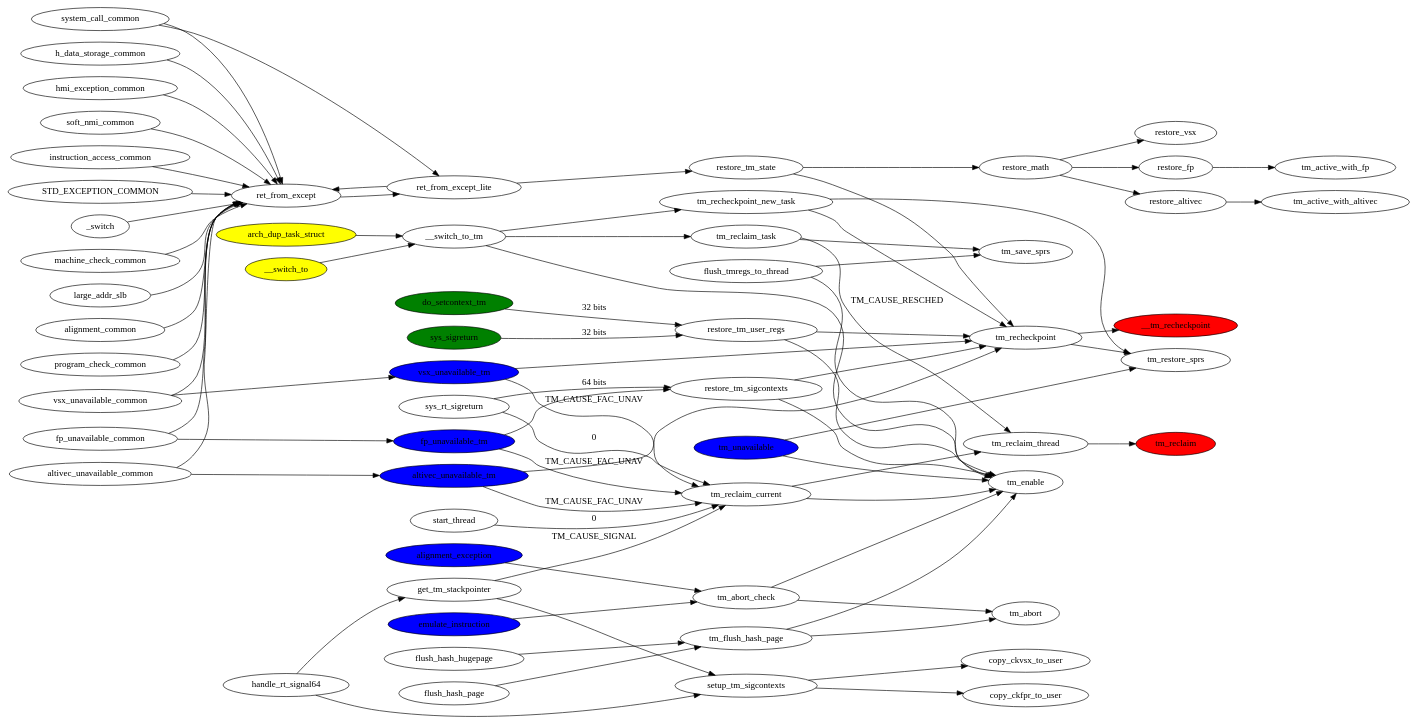
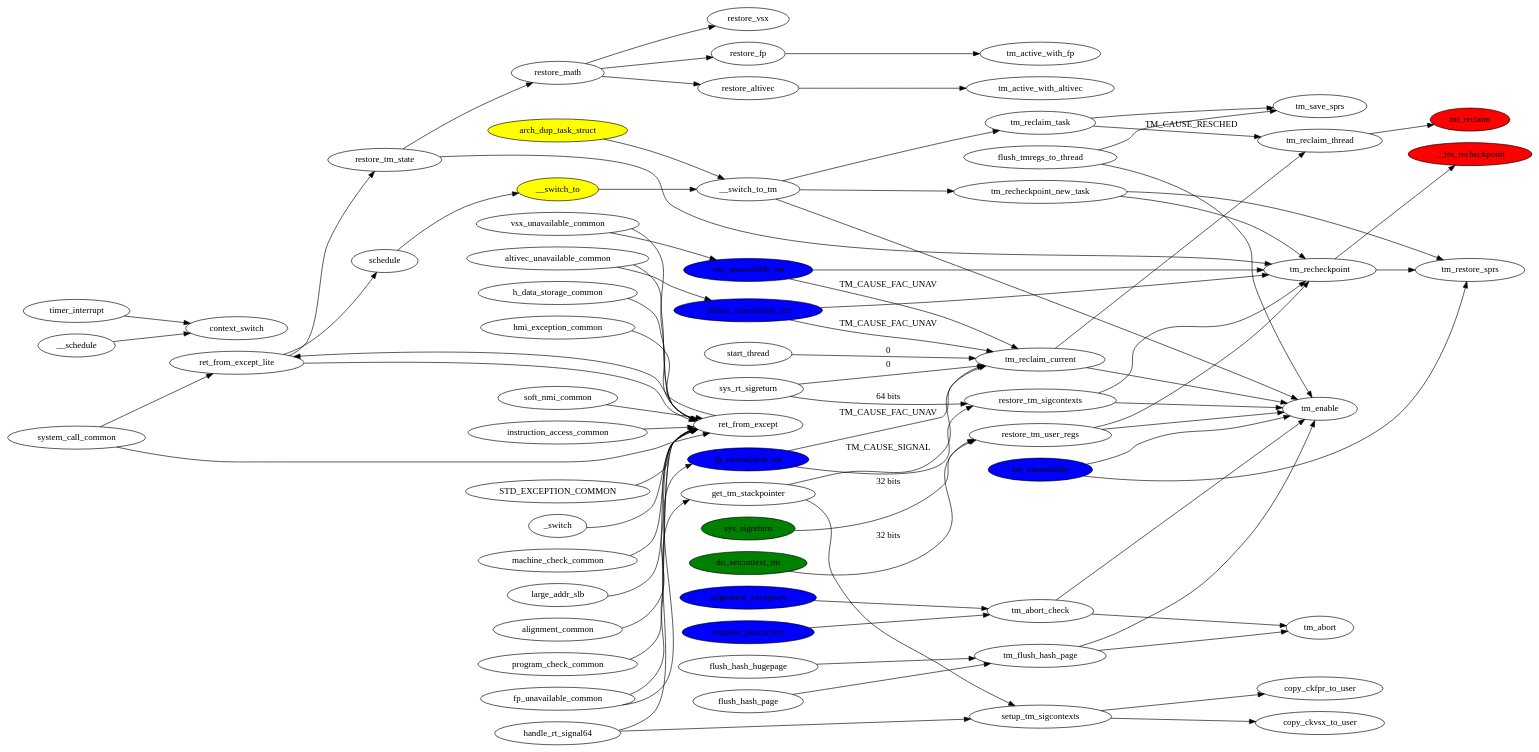
Before and after one commit to leitao/htm_flow: the diagram in complete.dot, drawn with Graphviz. The commit also changed 6 other files, not shown here.

```diff
--- a/complete.dot
+++ b/complete.dot
@@ -1,179 +1,183 @@
 digraph {
 
 	rankdir=LR;
 
 	tm_recheckpoint_new_task -> tm_recheckpoint;
 	restore_tm_user_regs -> tm_recheckpoint;
 	fp_unavailable_tm	-> restore_tm_sigcontexts;
 	altivec_unavailable_tm  -> tm_recheckpoint;
 	vsx_unavailable_tm	-> tm_recheckpoint;
 
 
 	sys_rt_sigreturn	-> restore_tm_sigcontexts[label="64 bits"];
 
 	do_setcontext_tm	-> restore_tm_user_regs[label="32 bits"];
 	sys_sigreturn		->restore_tm_user_regs[label="32 bits"];
 
 	__switch_to_tm		-> tm_recheckpoint_new_task;
 
 	restore_tm_sigcontexts  -> tm_recheckpoint;	
 	
 	
 	/* tm_enable */
 	tm_unavailable		-> tm_enable;
 	tm_reclaim_current	-> tm_enable;
 	restore_tm_sigcontexts	-> tm_enable;
 	tm_abort_check		-> tm_enable;
 	tm_flush_hash_page	-> tm_enable;
 	__switch_to_tm		-> tm_enable;
 	restore_tm_user_regs	-> tm_enable;
 	tm_recheckpoint		-> __tm_recheckpoint
 
 
 	flush_hash_page		-> tm_flush_hash_page;
 	flush_hash_hugepage	-> tm_flush_hash_page;
 
 	// restore_spr 
 	tm_recheckpoint_new_task -> tm_restore_sprs;
 	tm_recheckpoint		-> tm_restore_sprs;
 	tm_unavailable		-> tm_restore_sprs;
 	
 	flush_tmregs_to_thread -> tm_save_sprs;
 	flush_tmregs_to_thread	-> tm_enable;
 	
 	tm_abort_check	-> tm_abort;
 	tm_flush_hash_page -> tm_abort;
 
 
 	tm_reclaim_thread -> 	tm_reclaim;
 
 	tm_reclaim_current -> 	tm_reclaim_thread;
 	tm_reclaim_task -> 	tm_reclaim_thread[label="TM_CAUSE_RESCHED"];
 	tm_reclaim_task -> 	tm_save_sprs;
 	start_thread ->		tm_reclaim_current[label="0"];
 	sys_rt_sigreturn -> 	tm_reclaim_current[label="0"];
 	fp_unavailable_tm -> 	tm_reclaim_current[label="TM_CAUSE_FAC_UNAV"];
 	altivec_unavailable_tm->tm_reclaim_current[label="TM_CAUSE_FAC_UNAV"];
 	vsx_unavailable_tm ->   tm_reclaim_current[label="TM_CAUSE_FAC_UNAV"];
 	fp_unavailable_common	-> fp_unavailable_tm;
 	altivec_unavailable_common -> altivec_unavailable_tm;
 	vsx_unavailable_common ->   vsx_unavailable_tm;
 	
 	
 	/* The syscall_comon is aborted if MSR[TS] is set */
 	ret_from_except_lite	-> restore_tm_state;
 	restore_tm_state	-> tm_recheckpoint;
 	restore_tm_state	-> restore_math;
 
 
 	restore_math 		-> restore_fp;
 	restore_math		-> restore_altivec;
 	restore_math		-> restore_vsx;
 
 	restore_fp		-> tm_active_with_fp;
 	restore_altivec		-> tm_active_with_altivec;
 
 	__switch_to_tm 		-> tm_reclaim_task;
+	timer_interrupt		-> context_switch;
+	ret_from_except_lite	-> schedule;
+	schedule		-> __switch_to;
+	__schedule		-> context_switch
 	__switch_to 		-> __switch_to_tm;
 	arch_dup_task_struct 	-> __switch_to_tm;
 	
 
 
 	emulate_instruction -> tm_abort_check;
 	alignment_exception -> tm_abort_check;
 
 	
 	/* Signal */
 	get_tm_stackpointer	-> tm_reclaim_current[label="TM_CAUSE_SIGNAL"];
 	get_tm_stackpointer	-> setup_tm_sigcontexts;
 	handle_rt_signal64	-> get_tm_stackpointer;
 	handle_rt_signal64	-> setup_tm_sigcontexts;
 	setup_tm_sigcontexts	-> copy_ckfpr_to_user;
 	setup_tm_sigcontexts	-> copy_ckvsx_to_user;
 
 	/* IRQ path */
 	system_call_common	-> ret_from_except_lite;
 	ret_from_except		-> ret_from_except_lite;
 	STD_EXCEPTION_COMMON	-> ret_from_except;
 	system_call_common	-> ret_from_except;
 	ret_from_except_lite	-> ret_from_except;
 	_switch			-> ret_from_except;
 	machine_check_common	-> ret_from_except;
 	large_addr_slb		-> ret_from_except;
 	alignment_common	-> ret_from_except;
 	program_check_common	-> ret_from_except;
 	fp_unavailable_common	-> ret_from_except;
 	h_data_storage_common	-> ret_from_except;
 	hmi_exception_common 	-> ret_from_except;
 	altivec_unavailable_common     -> ret_from_except;
 	vsx_unavailable_common 	-> ret_from_except;
 	soft_nmi_common		-> ret_from_except;
 	instruction_access_common -> ret_from_except;
 
 	/* Give ups
 	giveup_fpu            -> check_if_tm_restore_required;
 	enable_kernel_fp      -> check_if_tm_restore_required;
 	giveup_altivec        -> check_if_tm_restore_required;
 	enable_kernel_altivec -> check_if_tm_restore_required;
 	giveup_vsx            -> check_if_tm_restore_required;
 	enable_kernel_vsx     -> check_if_tm_restore_required;
 	giveup_spe            -> check_if_tm_restore_required;
 	enable_kernel_spe     -> check_if_tm_restore_required;
 	giveup_all            -> check_if_tm_restore_required;
 	*/
 
 /*
 	vsr_get			-> flush_tmregs_to_thread;
 	vsr_set			-> flush_tmregs_to_thread;
 	tm_cgpr_get		-> flush_tmregs_to_thread;
 	tm_cgpr_set		-> flush_tmregs_to_thread;
 	tm_cfpr_get		-> flush_tmregs_to_thread;
 	tm_cfpr_set		-> flush_tmregs_to_thread;
 	tm_cvmx_get		-> flush_tmregs_to_thread;
 	tm_cvmx_set		-> flush_tmregs_to_thread;
 	tm_cvsx_get		-> flush_tmregs_to_thread;
 	tm_cvsx_set		-> flush_tmregs_to_thread;
 	tm_spr_get		-> flush_tmregs_to_thread;
 	tm_spr_set		-> flush_tmregs_to_thread;
 */
 
 
 	/* Final states */
 	__tm_recheckpoint 	[style=filled, fillcolor=red]
 	tm_reclaim 		[style=filled, fillcolor=red]
 
 	// Context switch
 	__switch_to		[style=filled, fillcolor=yellow]
 	arch_dup_task_struct 	[style=filled, fillcolor=yellow]
 
 	// IRQ
 	fp_unavailable_tm	[style=filled, fillcolor=blue]
 	tm_unavailable		[style=filled, fillcolor=blue]
 	vsx_unavailable_tm	[style=filled, fillcolor=blue]
 	altivec_unavailable_tm	[style=filled, fillcolor=blue]
 	emulate_instruction     [style=filled, fillcolor=blue]
 	alignment_exception     [style=filled, fillcolor=blue]
 
 	// Signal handler
 	sys_sigreturn		[style=filled, fillcolor=green]
 	do_setcontext_tm	[style=filled, fillcolor=green]
 
 
 
 /*
 	//ptrace
 	vsr_get			[style=filled, fillcolor=cyan]
 	vsr_set			[style=filled, fillcolor=cyan] 
 	tm_cgpr_get		[style=filled, fillcolor=cyan] 
 	tm_cgpr_set		[style=filled, fillcolor=cyan] 
 	tm_cfpr_get		[style=filled, fillcolor=cyan] 
 	tm_cfpr_set		[style=filled, fillcolor=cyan] 
 	tm_cvmx_get		[style=filled, fillcolor=cyan] 
 	tm_cvmx_set		[style=filled, fillcolor=cyan] 
 	tm_cvsx_get		[style=filled, fillcolor=cyan] 
 	tm_cvsx_set		[style=filled, fillcolor=cyan] 
 	tm_spr_get		[style=filled, fillcolor=cyan] 
 	tm_spr_set		[style=filled, fillcolor=cyan] 
 
 */
 }
```
